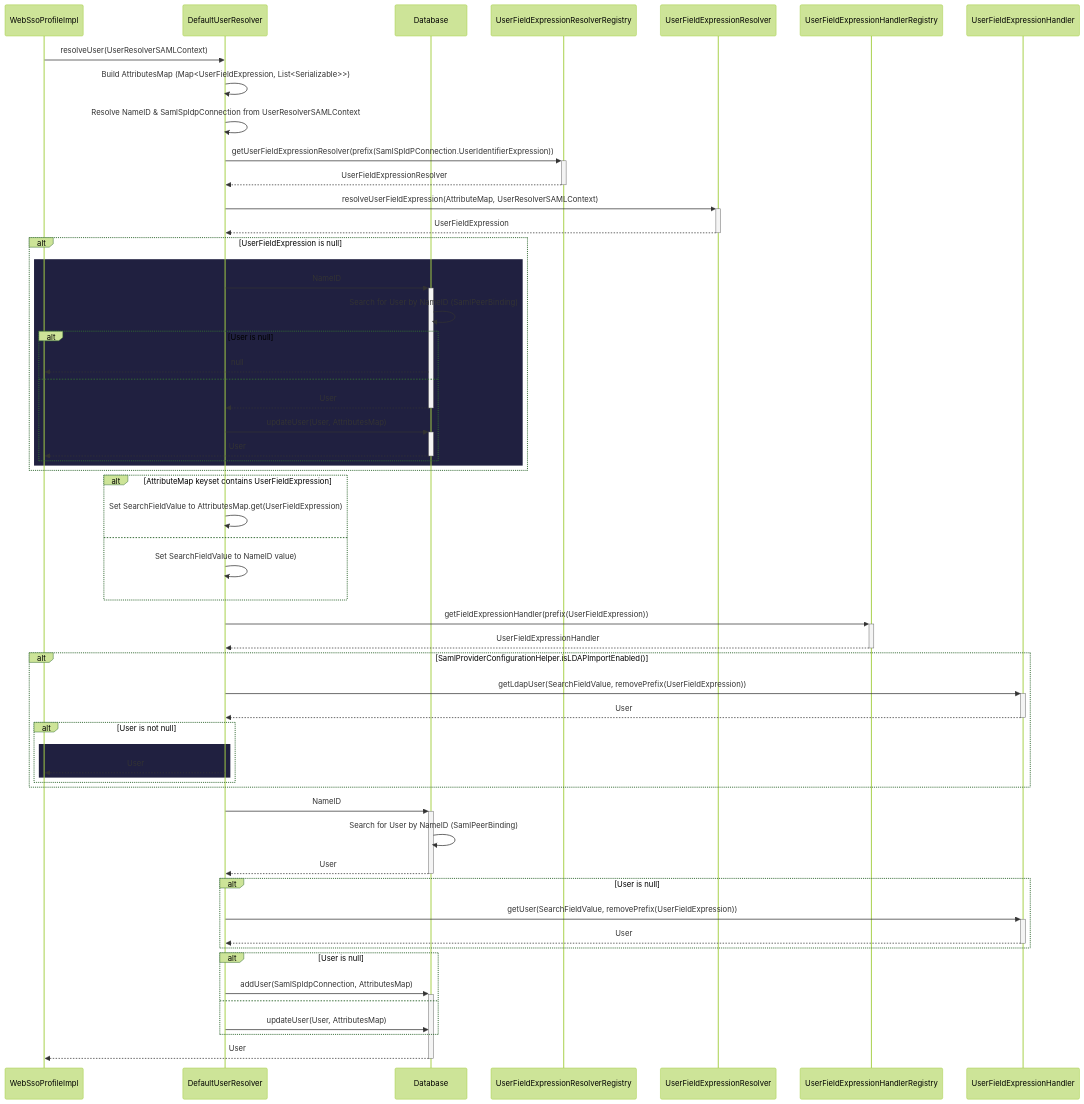
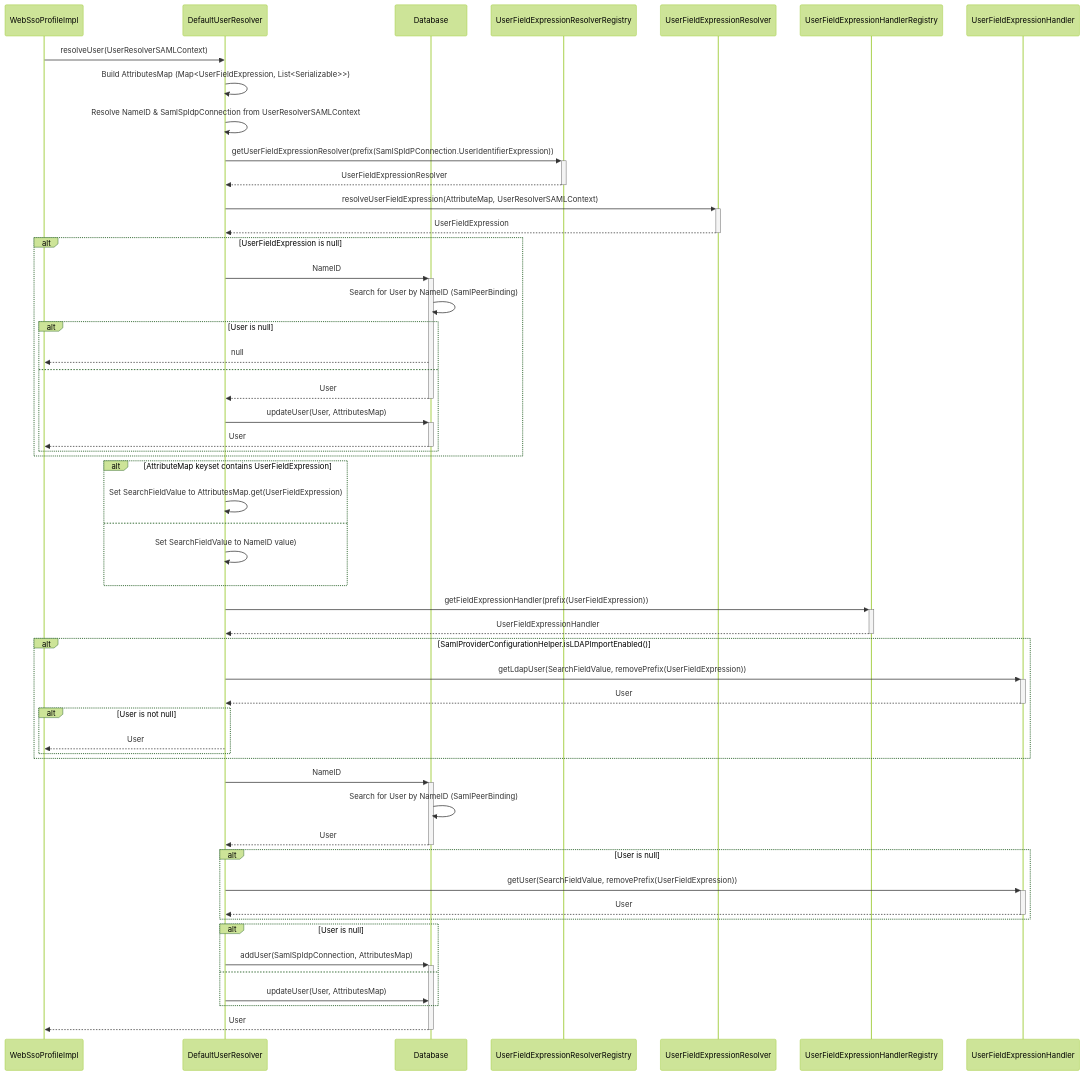
One commit to liferay-appsec/liferay-portal changed the diagram in modules/dxp/apps/saml/saml-opensaml-integration/DefaultUserResolver.md. Above: the diagram before and after it, drawn with Mermaid (forest theme).

Commit message:
Use default background color.
Because it isn't possible to set font color, browser themes can make the text unreadable.

````diff
--- a/modules/dxp/apps/saml/saml-opensaml-integration/DefaultUserResolver.md
+++ b/modules/dxp/apps/saml/saml-opensaml-integration/DefaultUserResolver.md
@@ -4,65 +4,61 @@
 ```mermaid
 sequenceDiagram
     participant WebSsoProfileImpl
     participant DefaultUserResolver
     participant Database
     participant UserFieldExpressionResolverRegistry
     participant UserFieldExpressionResolver
     participant UserFieldExpressionHandlerRegistry
     participant UserFieldExpressionHandler
 WebSsoProfileImpl->>DefaultUserResolver: resolveUser(UserResolverSAMLContext)
 DefaultUserResolver->>DefaultUserResolver: Build AttributesMap (Map<UserFieldExpression, List<Serializable>>)
 DefaultUserResolver->>DefaultUserResolver: Resolve NameID & SamlSpIdpConnection from UserResolverSAMLContext
 DefaultUserResolver->>+UserFieldExpressionResolverRegistry: getUserFieldExpressionResolver(prefix(SamlSpIdPConnection.UserIdentifierExpression))
 UserFieldExpressionResolverRegistry-->>-DefaultUserResolver: UserFieldExpressionResolver
 
 DefaultUserResolver->>+UserFieldExpressionResolver: resolveUserFieldExpression(AttributeMap, UserResolverSAMLContext)
 UserFieldExpressionResolver-->>-DefaultUserResolver: UserFieldExpression
 
 alt UserFieldExpression is null
-  rect rgb(32,32,64)
   DefaultUserResolver->>+Database: NameID
   Database->>Database: Search for User by NameID (SamlPeerBinding)
   alt User is null
     Database-->>WebSsoProfileImpl: null
   else
     Database-->>-DefaultUserResolver: User
     DefaultUserResolver->>+Database: updateUser(User, AttributesMap)
     Database-->>-WebSsoProfileImpl: User
-  end
   end
 end
 
 alt AttributeMap keyset contains UserFieldExpression
   DefaultUserResolver->>DefaultUserResolver: Set SearchFieldValue to AttributesMap.get(UserFieldExpression)
 else
   DefaultUserResolver->>DefaultUserResolver: Set SearchFieldValue to NameID value)
 end
 DefaultUserResolver->>+UserFieldExpressionHandlerRegistry: getFieldExpressionHandler(prefix(UserFieldExpression))
 UserFieldExpressionHandlerRegistry-->>-DefaultUserResolver: UserFieldExpressionHandler
 alt SamlProviderConfigurationHelper.isLDAPImportEnabled()
   DefaultUserResolver->>+UserFieldExpressionHandler: getLdapUser(SearchFieldValue, removePrefix(UserFieldExpression))
   UserFieldExpressionHandler-->>-DefaultUserResolver: User
   alt User is not null
-    rect rgb(32,32,64)
     DefaultUserResolver-->>WebSsoProfileImpl: User
-    end
   end
 end
 
 DefaultUserResolver->>+Database: NameID
 Database->>Database: Search for User by NameID (SamlPeerBinding)
 Database-->>-DefaultUserResolver: User
 
 alt User is null
   DefaultUserResolver->>+UserFieldExpressionHandler: getUser(SearchFieldValue, removePrefix(UserFieldExpression))
   UserFieldExpressionHandler-->>-DefaultUserResolver: User
 end
 
 alt User is null
   DefaultUserResolver->>+Database: addUser(SamlSpIdpConnection, AttributesMap)
 else
   DefaultUserResolver->>Database: updateUser(User, AttributesMap)
 end
 Database-->>-WebSsoProfileImpl: User
 ```
````
